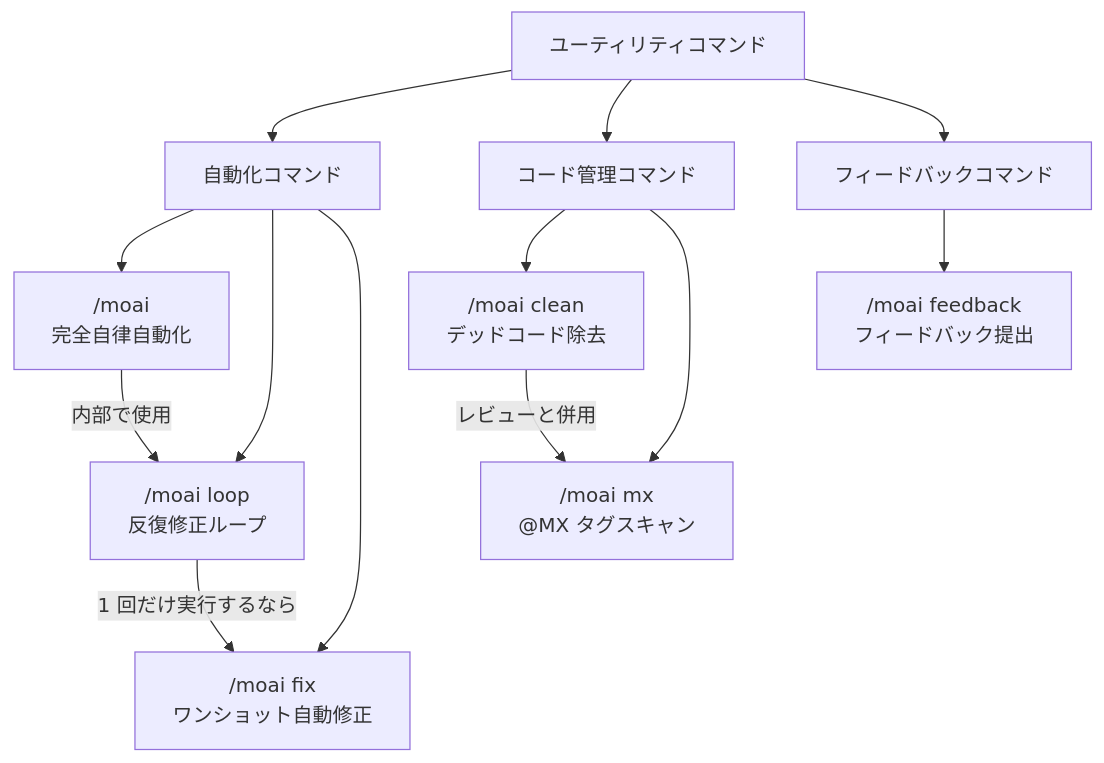
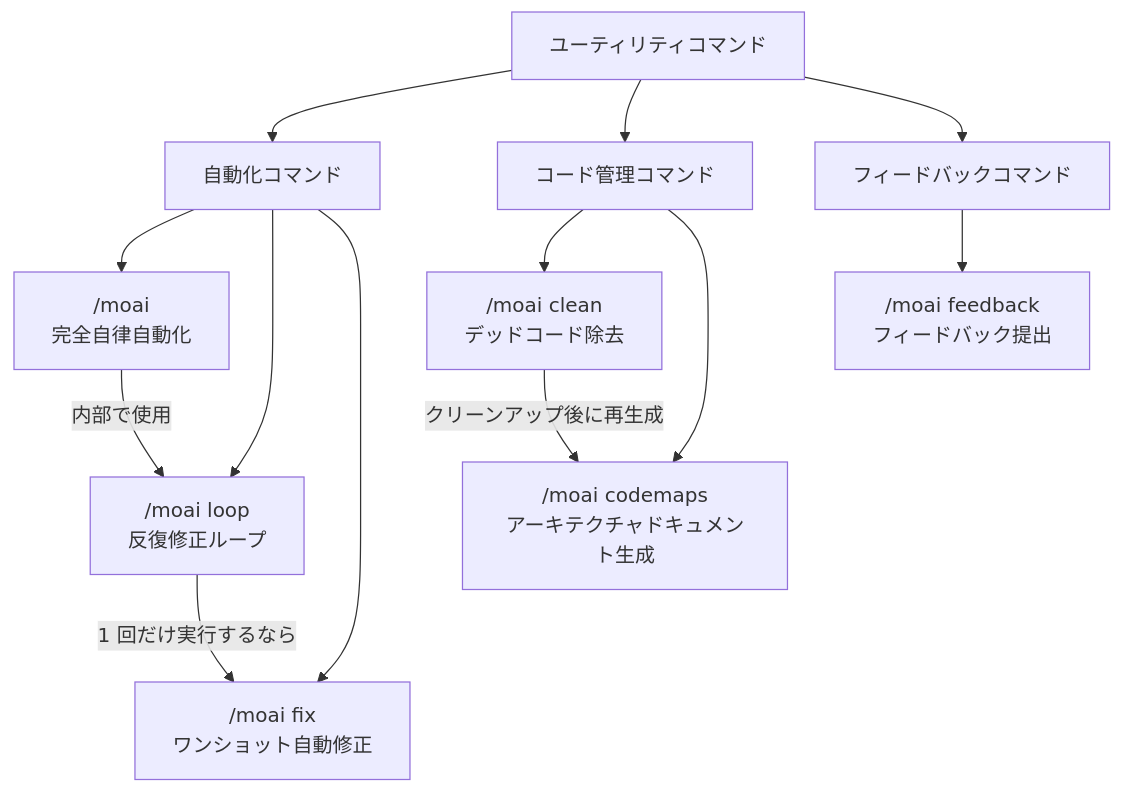
Before and after one commit to modu-ai/moai-adk: the diagram in docs-site/content/ja/utility-commands/_index.md, drawn with Mermaid. The commit also changed other lines of this file and 100 other files, not shown here.

````diff
--- a/docs-site/content/ja/utility-commands/_index.md
+++ b/docs-site/content/ja/utility-commands/_index.md
@@ -31,17 +31,17 @@
 ```mermaid
 flowchart TD
     A[ユーティリティコマンド] --> B[自動化コマンド]
     A --> C[コード管理コマンド]
     A --> D[フィードバックコマンド]
 
     B --> E["/moai<br/>完全自律自動化"]
     B --> F["/moai loop<br/>反復修正ループ"]
     B --> G["/moai fix<br/>ワンショット自動修正"]
     C --> H["/moai clean<br/>デッドコード除去"]
-    C --> I["/moai mx<br/>@MX タグスキャン"]
+    C --> I["/moai codemaps<br/>アーキテクチャドキュメント生成"]
     D --> J["/moai feedback<br/>フィードバック提出"]
 
     E -->|内部で使用| F
     F -->|1 回だけ実行するなら| G
-    H -->|レビューと併用| I
+    H -->|クリーンアップ後に再生成| I
 ```
````
